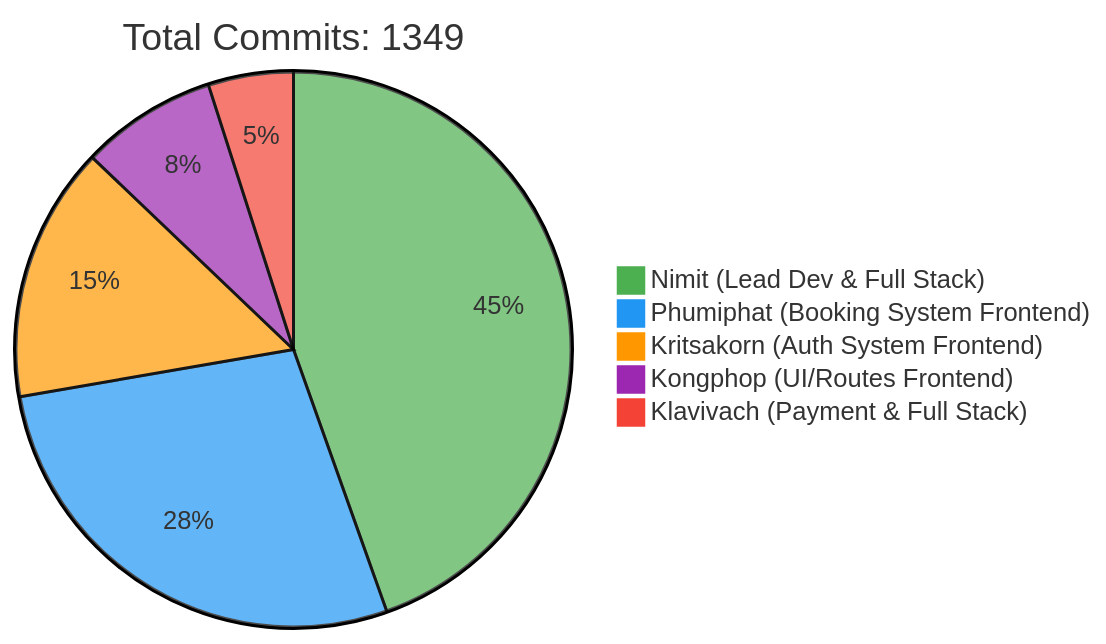
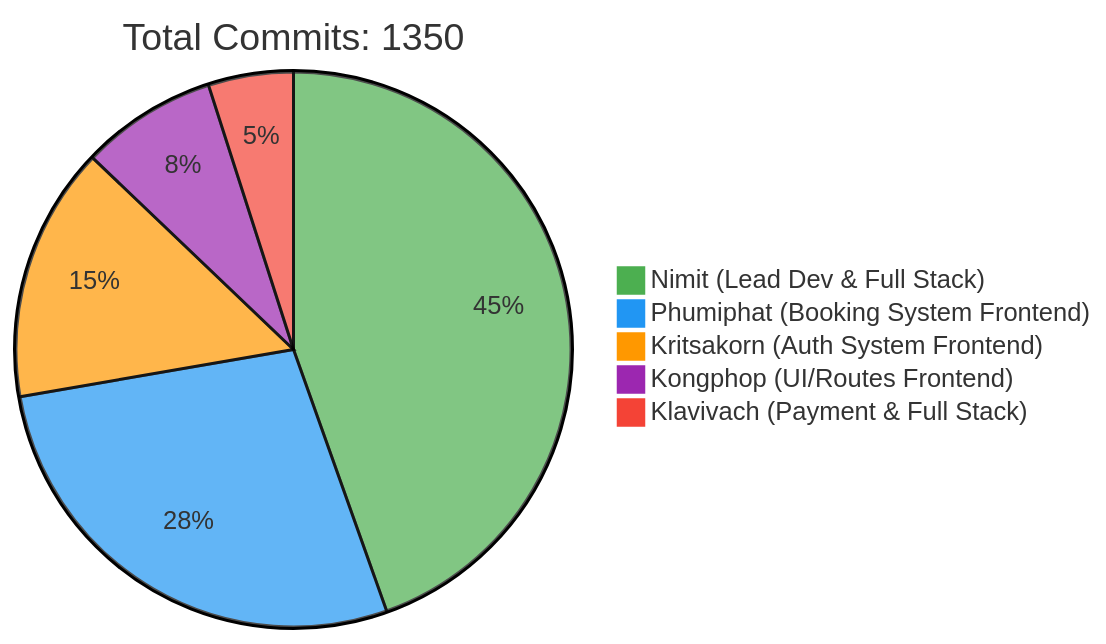
Before and after one commit to 6531503042/Sport-Complex: the first of 2 diagrams in README.md, drawn with Mermaid. The commit also changed other lines of this file, not shown here.

Commit message:
docs: Update contributor statistics [skip ci]

````diff
--- a/README.md
+++ b/README.md
@@ -257,10 +257,10 @@
 ```mermaid
 %%{init: {'theme': 'base', 'themeVariables': { 'pie1': '#4CAF50', 'pie2': '#2196F3', 'pie3': '#FF9800', 'pie4': '#9C27B0', 'pie5': '#F44336'}}}%%
 pie
-    title Total Commits: 1349
+    title Total Commits: 1350
     "Nimit (Lead Dev & Full Stack)" : 450
     "Phumiphat (Booking System Frontend)" : 280
     "Kritsakorn (Auth System Frontend)" : 150
     "Kongphop (UI/Routes Frontend)" : 80
     "Klavivach (Payment & Full Stack)" : 50
 ```
````
